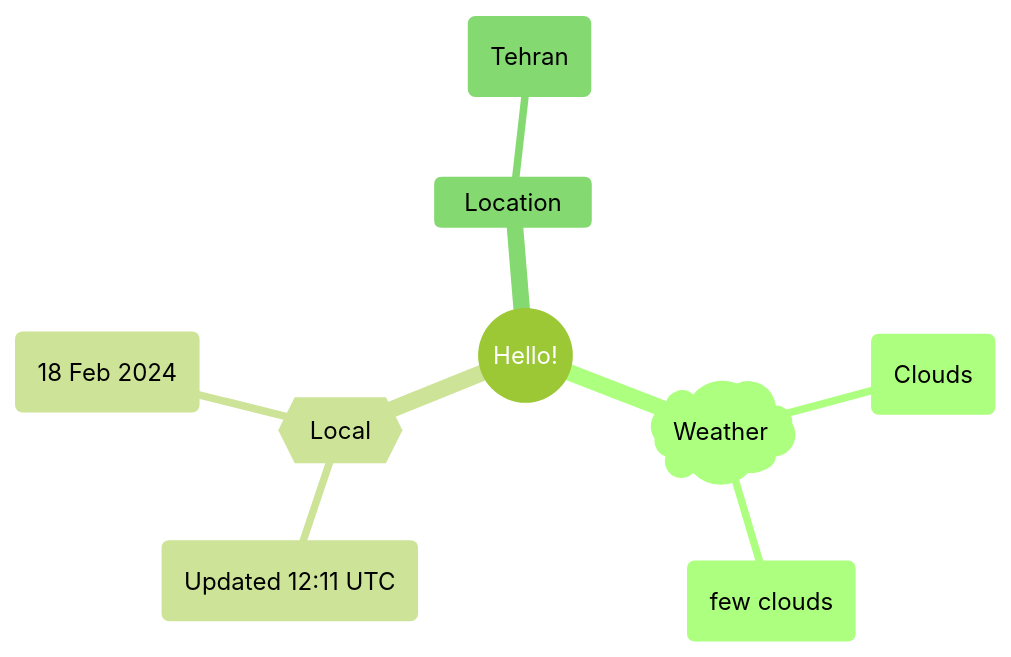
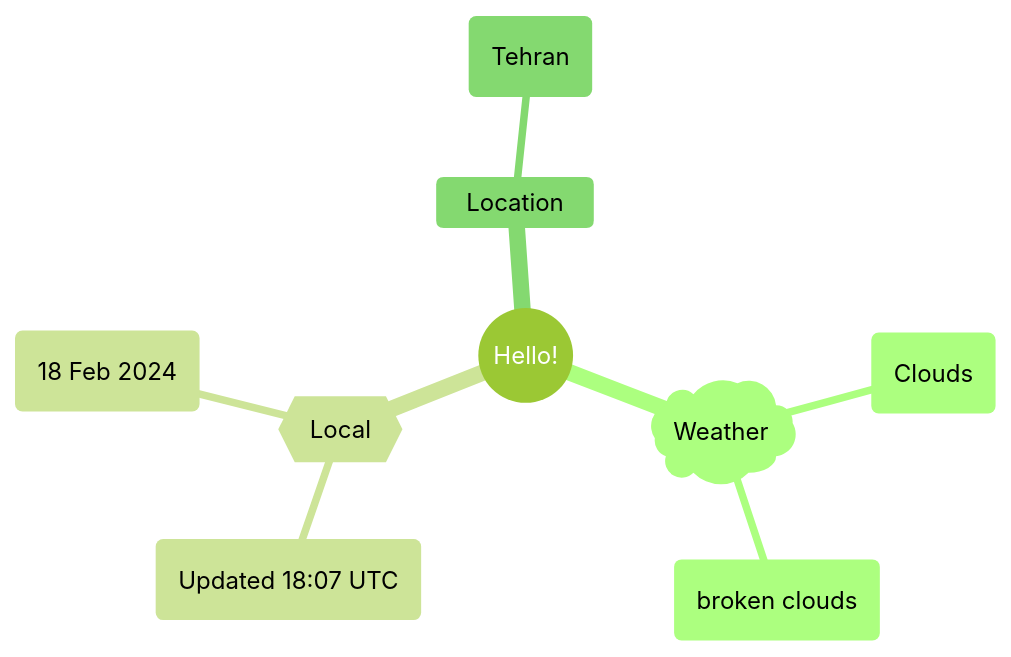
Before and after one commit to Xosrov/Xosrov: the first of 2 diagrams in README.md, drawn with Mermaid (forest theme).

Commit message:
[bot] updated images

````diff
--- a/README.md
+++ b/README.md
@@ -3,12 +3,12 @@
 ```mermaid
 mindmap
   root((Hello!))
     )Weather(
         (Clouds)
-        (few clouds)
+        (broken clouds)
     {{Local}}
-        (Updated 12:11 UTC)
+        (Updated 18:07 UTC)
         (18 Feb 2024)
     Location
         (Tehran)
 ```
````
